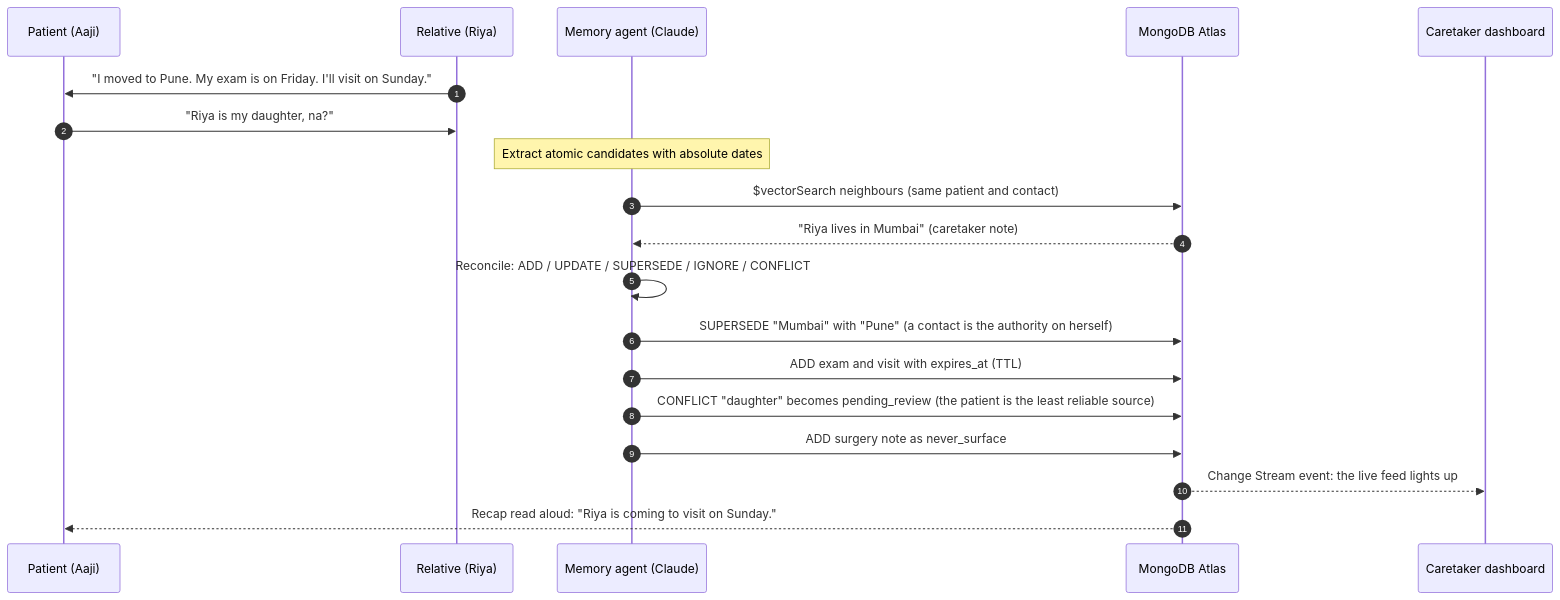
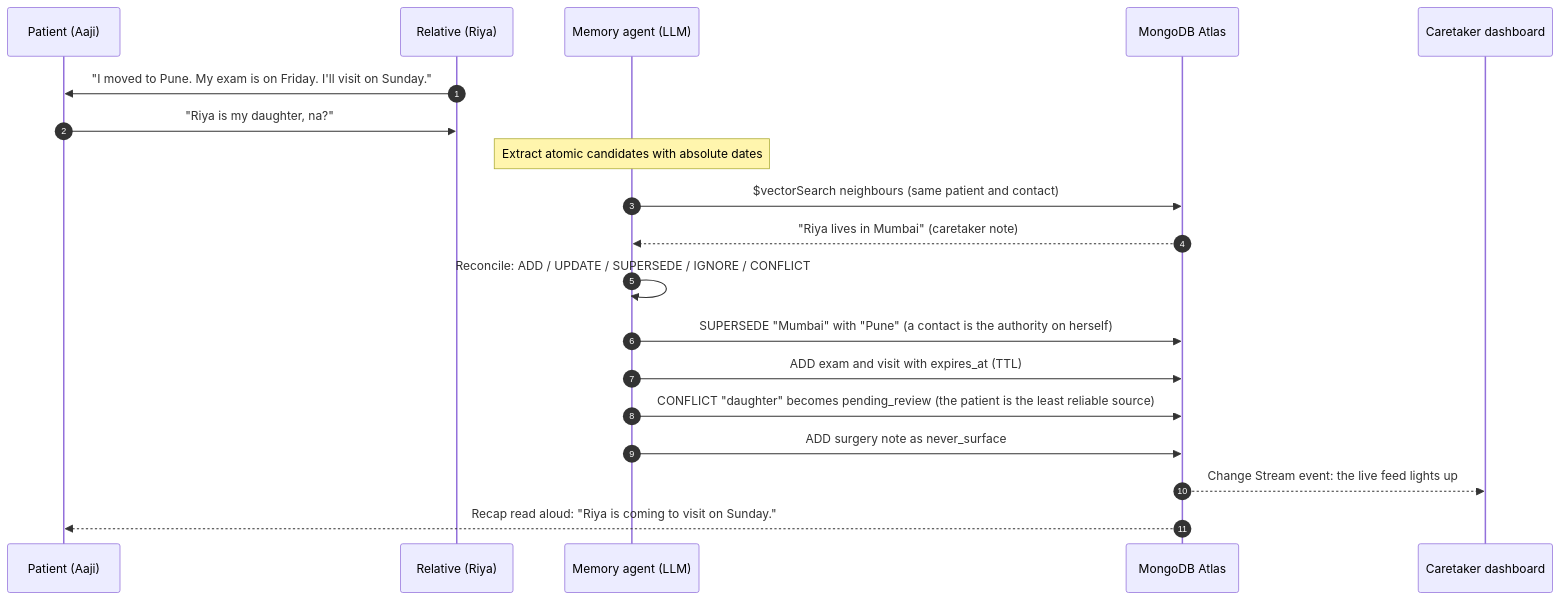
Before and after one commit to GREENRAT-K405/UNCHARTED: the first of 3 diagrams in README.md, drawn with Mermaid. The commit also changed other lines of this file, not shown here.

````diff
--- a/README.md
+++ b/README.md
@@ -69,21 +72,21 @@
 ```mermaid
 sequenceDiagram
     autonumber
     participant P as Patient (Aaji)
     participant R as Relative (Riya)
-    participant A as Memory agent (Claude)
+    participant A as Memory agent (LLM)
     participant M as MongoDB Atlas
     participant C as Caretaker dashboard
     R->>P: "I moved to Pune. My exam is on Friday. I'll visit on Sunday."
     P->>R: "Riya is my daughter, na?"
     Note over A: Extract atomic candidates with absolute dates
     A->>M: $vectorSearch neighbours (same patient and contact)
     M-->>A: "Riya lives in Mumbai" (caretaker note)
     A->>A: Reconcile: ADD / UPDATE / SUPERSEDE / IGNORE / CONFLICT
     A->>M: SUPERSEDE "Mumbai" with "Pune" (a contact is the authority on herself)
     A->>M: ADD exam and visit with expires_at (TTL)
     A->>M: CONFLICT "daughter" becomes pending_review (the patient is the least reliable source)
     A->>M: ADD surgery note as never_surface
     M-->>C: Change Stream event: the live feed lights up
     M-->>P: Recap read aloud: "Riya is coming to visit on Sunday."
 ```
````
